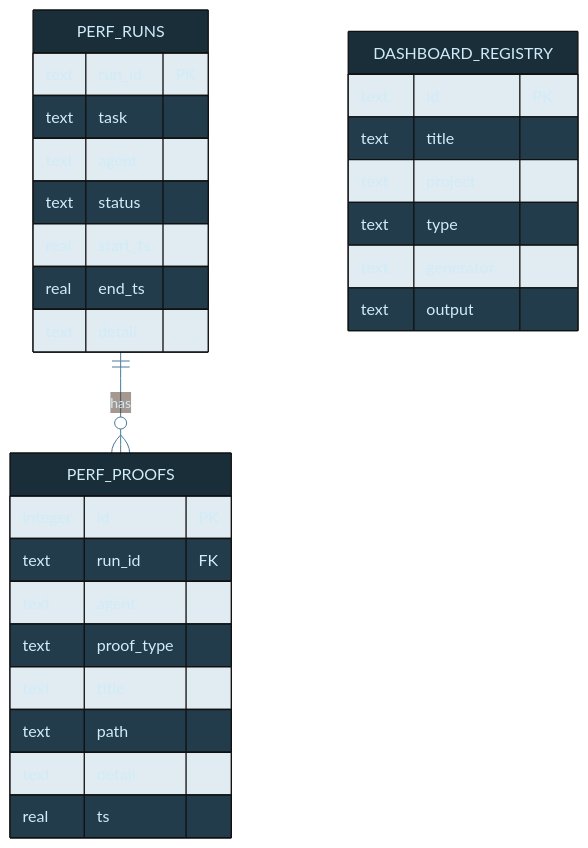
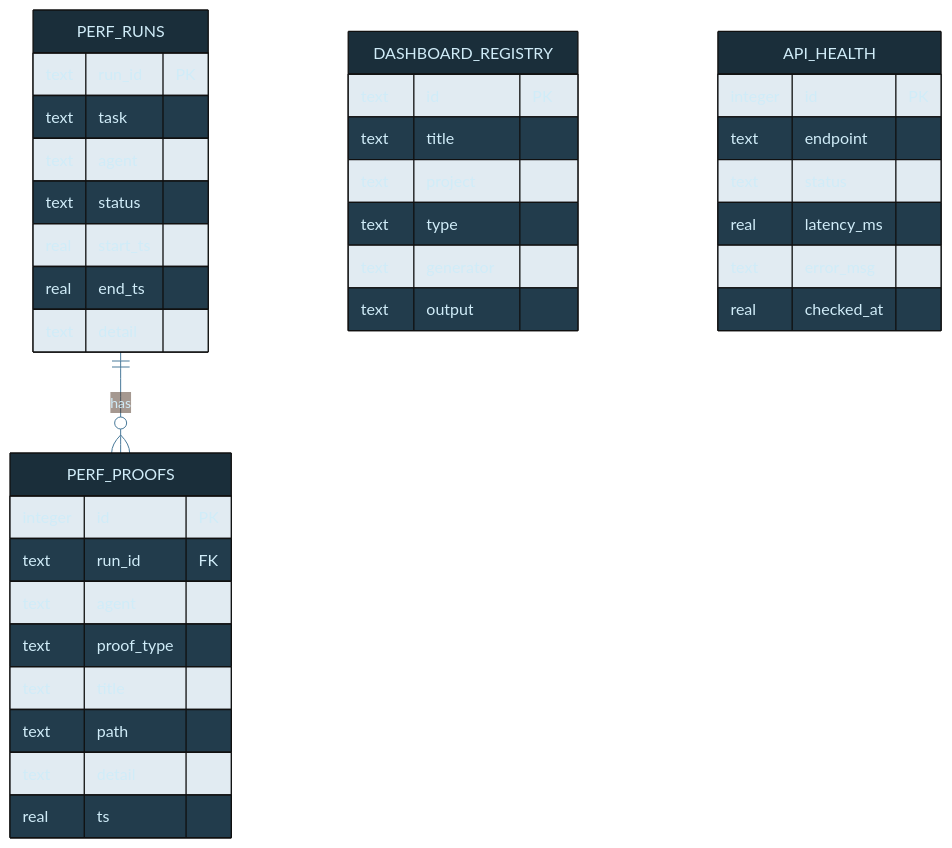
One commit to tylerdrakemusic/-Workspace changed the diagram in diagrams/workspace-db-schema.mmd. Above: the diagram before and after it, drawn with Mermaid. The commit also changed 3 other files, not shown here.

First line of the commit message:
FR-20260525-api-health-monitor: update architecture diagrams

```diff
--- a/diagrams/workspace-db-schema.mmd
+++ b/diagrams/workspace-db-schema.mmd
@@ -1,30 +1,38 @@
 %%{init: {'theme': 'base', 'themeVariables': {'primaryColor': '#1a2e3a', 'primaryTextColor': '#d0ecf8', 'edgeLabelBackground': '#0f1318', 'lineColor': '#4a7a9a'}}}%%
 erDiagram
     PERF_RUNS ||--o{ PERF_PROOFS : has
     PERF_RUNS {
         text run_id PK
         text task
         text agent
         text status
         real start_ts
         real end_ts
         text detail
     }
     PERF_PROOFS {
         integer id PK
         text run_id FK
         text agent
         text proof_type
         text title
         text path
         text detail
         real ts
     }
     DASHBOARD_REGISTRY {
         text id PK
         text title
         text project
         text type
         text generator
         text output
     }
+    API_HEALTH {
+        integer id PK
+        text endpoint
+        text status
+        real latency_ms
+        text error_msg
+        real checked_at
+    }
```
